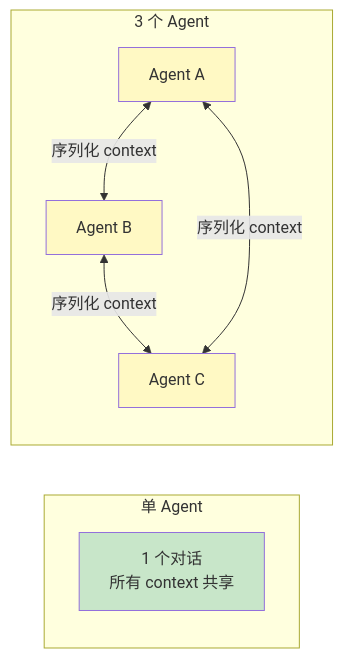
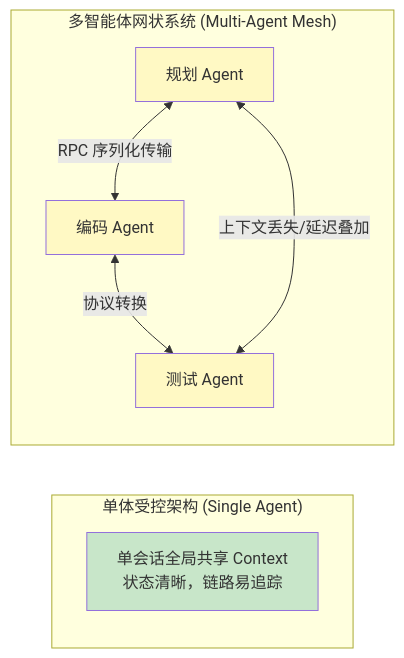
Before and after one commit to yingwang/thinking-in-llm: the sixth of 9 diagrams in chapters/11-agents.md, drawn with Mermaid. The commit also changed other lines of this file and 31 other files, not shown here.

````diff
--- a/chapters/11-agents.md
+++ b/chapters/11-agents.md
@@ -405,16 +284,17 @@
 ```mermaid
 flowchart LR
-    subgraph 单agent["单 Agent"]
-        S["1 个对话<br>所有 context 共享"]
+    subgraph 单体智能体["单体受控架构 (Single Agent)"]
+        S["单会话全局共享 Context<br>状态清晰，链路易追踪"]
     end
-    subgraph 多agent["3 个 Agent"]
-        A1["Agent A"] <-->|"序列化 context"| A2["Agent B"]
-        A2 <-->|"序列化 context"| A3["Agent C"]
-        A1 <-->|"序列化 context"| A3
+    
+    subgraph 复杂多智能体["多智能体网状系统 (Multi-Agent Mesh)"]
+        A1["规划 Agent"] <-->|"RPC 序列化传输"| A2["编码 Agent"]
+        A2 <-->|"协议转换"| A3["测试 Agent"]
+        A1 <-->|"上下文丢失/延迟叠加"| A3
     end
     
     style S fill:#c8e6c9
     style A1 fill:#fff9c4
     style A2 fill:#fff9c4
     style A3 fill:#fff9c4
 ```
````
